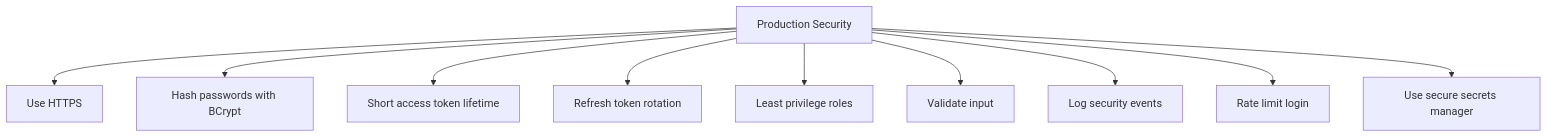
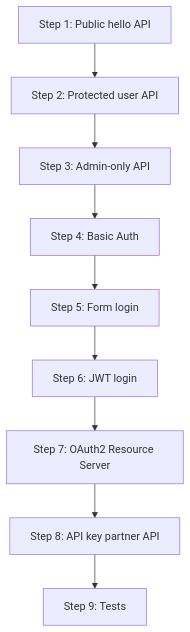
Diagram 17 of 19 in HLD_NOTES/003_TECHNOLOGY_DEEP_DIVE/spring_boot_auth_authz_visual_reference.md (mthaiseer/springcloud-systemdesign-notes), drawn with Mermaid before and after one commit. The commit also changed other lines of this file and 19 other files, not shown here.

````diff
--- a/HLD_NOTES/003_TECHNOLOGY_DEEP_DIVE/spring_boot_auth_authz_visual_reference.md
+++ b/HLD_NOTES/003_TECHNOLOGY_DEEP_DIVE/spring_boot_auth_authz_visual_reference.md
@@ -992,12 +1351,14 @@
 ```mermaid
 flowchart TD
-    A[Production Security] --> B[Use HTTPS]
-    A --> C[Hash passwords with BCrypt]
-    A --> D[Short access token lifetime]
-    A --> E[Refresh token rotation]
-    A --> F[Least privilege roles]
-    A --> G[Validate input]
-    A --> H[Log security events]
-    A --> I[Rate limit login]
-    A --> J[Use secure secrets manager]
+    S1[Step 1: Public hello API]
+    S2[Step 2: Protected user API]
+    S3[Step 3: Admin-only API]
+    S4[Step 4: Basic Auth]
+    S5[Step 5: Form login]
+    S6[Step 6: JWT login]
+    S7[Step 7: OAuth2 Resource Server]
+    S8[Step 8: API key partner API]
+    S9[Step 9: Tests]
+
+    S1 --> S2 --> S3 --> S4 --> S5 --> S6 --> S7 --> S8 --> S9
 ```
````
